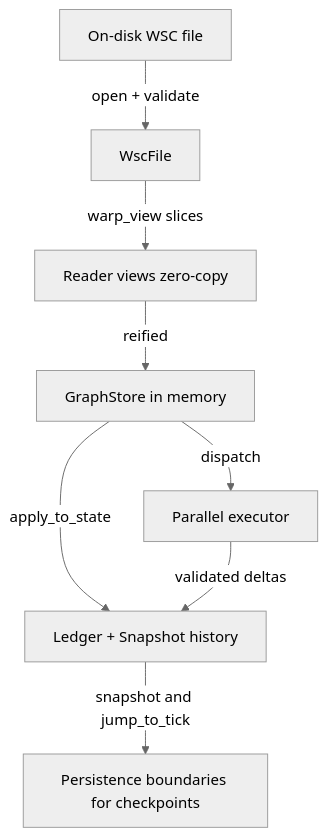
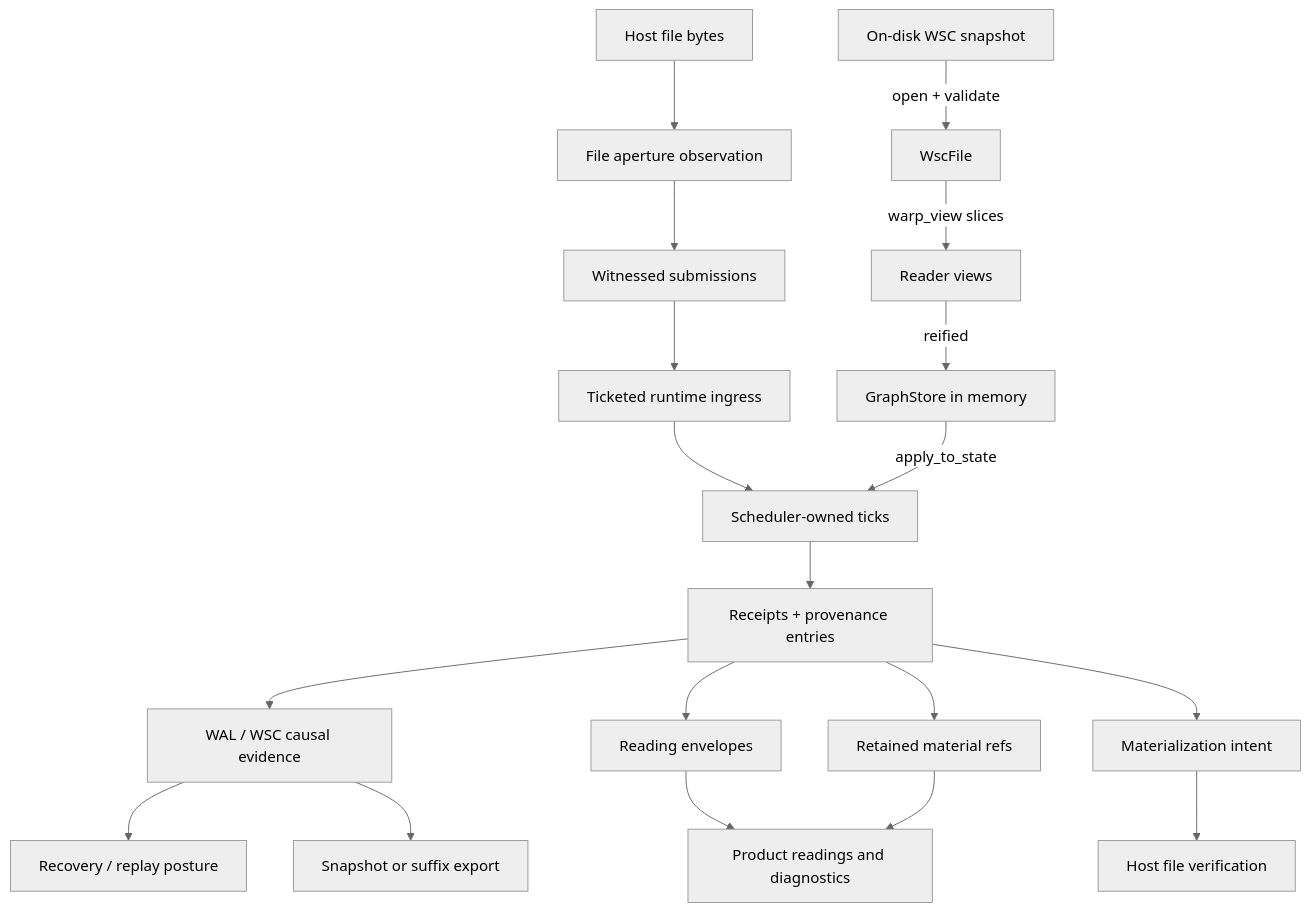
One commit to flyingrobots/echo changed diagram 15 of 40 in docs/technical-teardown.md. Above: the diagram before and after it, drawn with Mermaid (neutral theme). The commit also changed other lines of this file, not shown here.

````diff
--- a/docs/technical-teardown.md
+++ b/docs/technical-teardown.md
@@ -605,10 +630,21 @@
 ```mermaid
 flowchart TD
-  S1[On-disk WSC file] -->|open + validate| S2[WscFile]
-  S2 -->|warp_view slices| S3[Reader views zero-copy]
-  S3 -->|reified| S4[GraphStore in memory]
-  S4 -->|apply_to_state| S5[Ledger + Snapshot history]
-  S5 -->|snapshot and jump_to_tick| S6[Persistence boundaries for checkpoints]
-  S4 -->|dispatch| S7[Parallel executor]
-  S7 -->|validated deltas| S5
+  A[Witnessed submissions] --> B[Ticketed runtime ingress]
+  B --> C[Scheduler-owned ticks]
+  C --> D[Receipts + provenance entries]
+  D --> E[WAL / WSC causal evidence]
+  D --> F[Retained material refs]
+  D --> G[Reading envelopes]
+  G --> H[Product readings and diagnostics]
+  F --> H
+  E --> I[Recovery / replay posture]
+  E --> J[Snapshot or suffix export]
+  K[On-disk WSC snapshot] -->|open + validate| L[WscFile]
+  L -->|warp_view slices| M[Reader views]
+  M -->|reified| N[GraphStore in memory]
+  N -->|apply_to_state| C
+  O[Host file bytes] --> P[File aperture observation]
+  P --> A
+  D --> Q[Materialization intent]
+  Q --> R[Host file verification]
 ```
````
